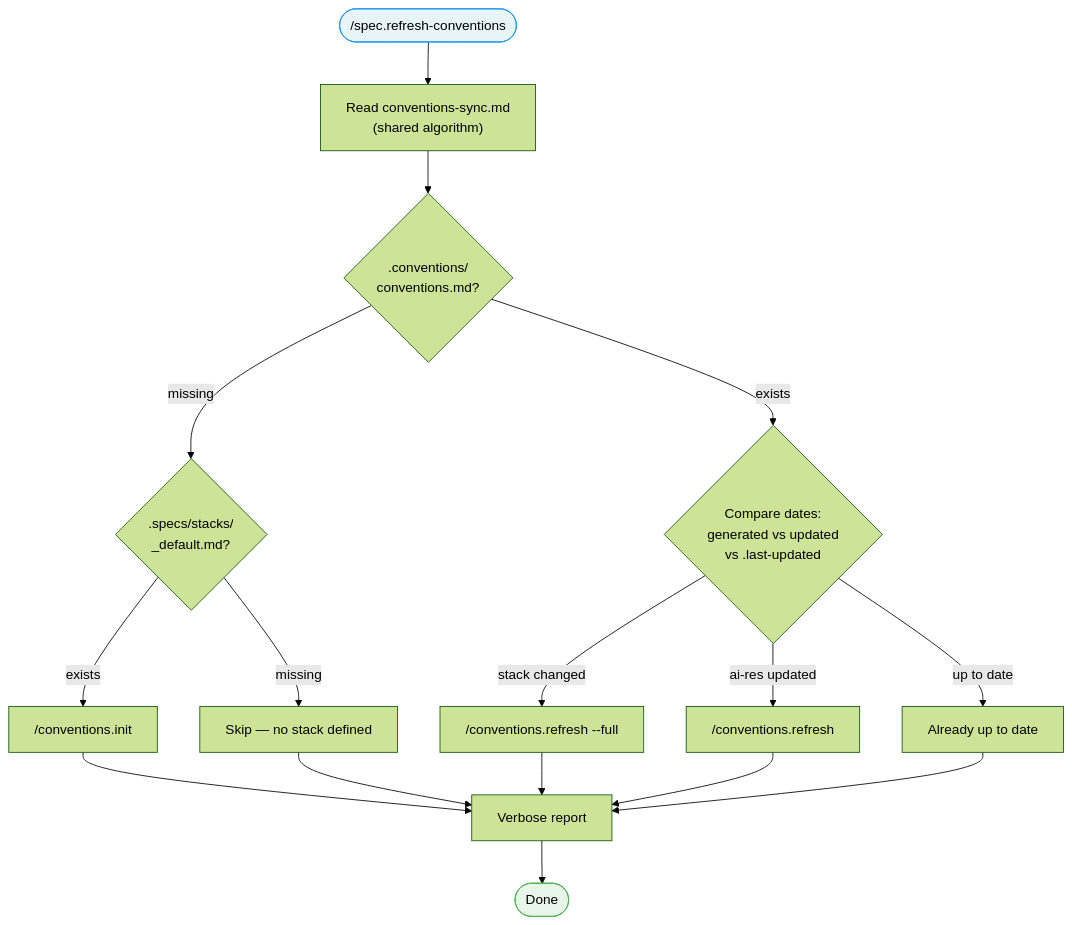
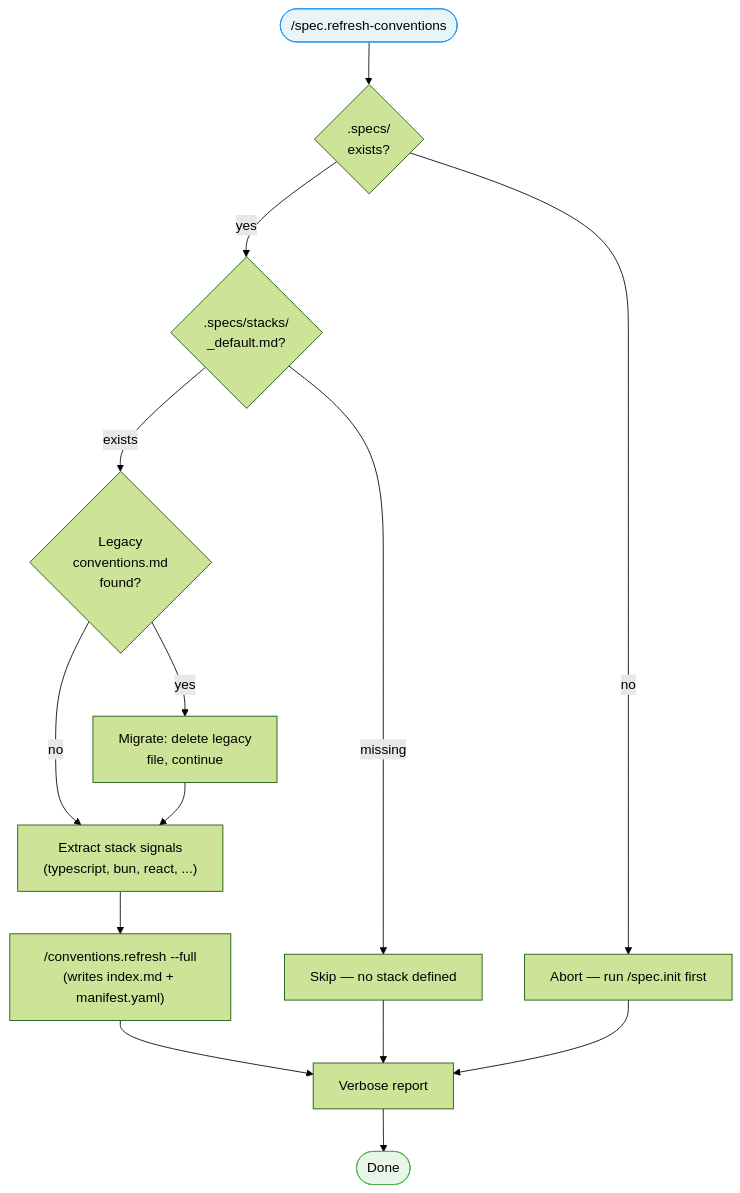
Before and after one commit to julien-m/livespec: the diagram in commands/refresh-conventions.md, drawn with Mermaid (forest theme). The commit also changed other lines of this file and 7 other files, not shown here.

First line of the commit message:
update(conventions): migrate to uncompiled index.md + manifest.yaml format

````diff
--- a/commands/refresh-conventions.md
+++ b/commands/refresh-conventions.md
@@ -22,21 +26,19 @@
 ```mermaid
 flowchart TD
-    START(["/spec.refresh-conventions"]) --> SYNC["Read conventions-sync.md\n(shared algorithm)"]
-    SYNC --> CHECK{".conventions/\nconventions.md?"}
-    CHECK -->|missing| STACK{".specs/stacks/\n_default.md?"}
-    STACK -->|exists| INIT["/conventions.init"]
+    START(["/spec.refresh-conventions"]) --> GUARD{".specs/\nexists?"}
+    GUARD -->|no| ABORT["Abort — run /spec.init first"]
+    GUARD -->|yes| STACK{".specs/stacks/\n_default.md?"}
     STACK -->|missing| NOSTACK["Skip — no stack defined"]
-    CHECK -->|exists| FRESH{"Compare dates:\ngenerated vs updated\nvs .last-updated"}
-    FRESH -->|stack changed| FULL["/conventions.refresh --full"]
-    FRESH -->|ai-res updated| REFRESH["/conventions.refresh"]
-    FRESH -->|up to date| UPTODATE["Already up to date"]
-    INIT --> REPORT["Verbose report"]
-    FULL --> REPORT
-    REFRESH --> REPORT
-    UPTODATE --> REPORT
+    STACK -->|exists| LEGACY{"Legacy\nconventions.md\nfound?"}
+    LEGACY -->|yes| MIGRATE["Migrate: delete legacy\nfile, continue"]
+    LEGACY -->|no| SIGNALS["Extract stack signals\n(typescript, bun, react, ...)"]
+    MIGRATE --> SIGNALS
+    SIGNALS --> REFRESH["/conventions.refresh --full\n(writes index.md + manifest.yaml)"]
+    REFRESH --> REPORT["Verbose report"]
     NOSTACK --> REPORT
+    ABORT --> REPORT
     REPORT --> DONE(["Done"])
 
     style START fill:#e8f4f8,stroke:#2196F3
     style DONE fill:#e8f5e9,stroke:#4CAF50
 ```
````
